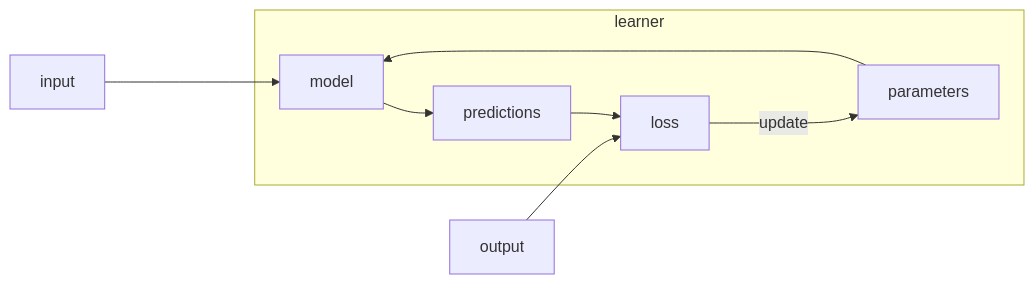
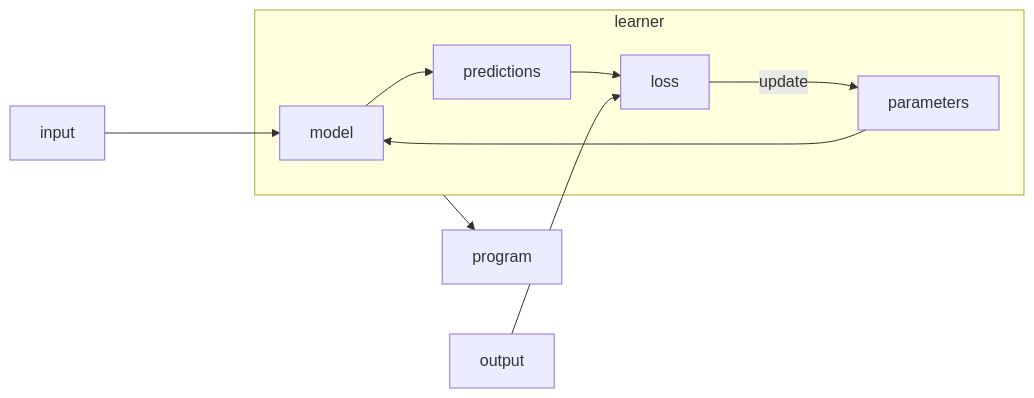
Before and after one commit to nicoladerric/nicoladerric.github.io: the third of 3 diagrams in _posts/2023-08-16-rivoluzione.md, drawn with Mermaid.

````diff
--- a/_posts/2023-08-16-rivoluzione.md
+++ b/_posts/2023-08-16-rivoluzione.md
@@ -31,11 +31,12 @@
 ```mermaid
 flowchart LR;
     input ----> model;
     subgraph learner
     parameters --> model;
     model --> predictions;
     predictions --> loss;
     loss ---> |update|parameters;
     end
     output --> loss;
+    learner --> program
 ```
````
